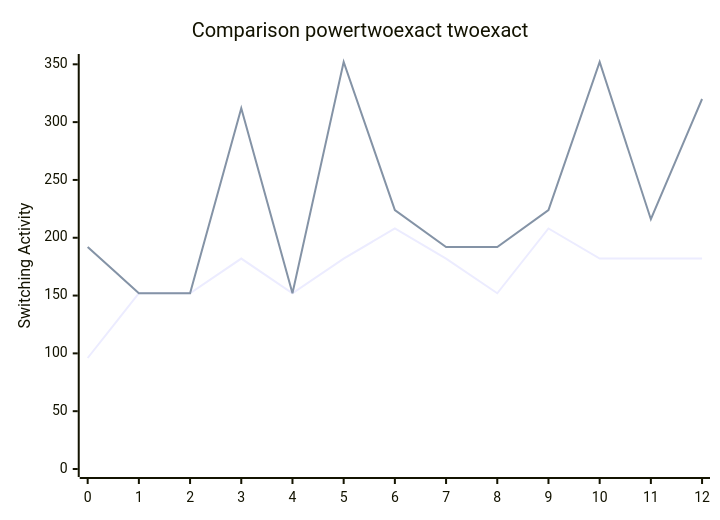
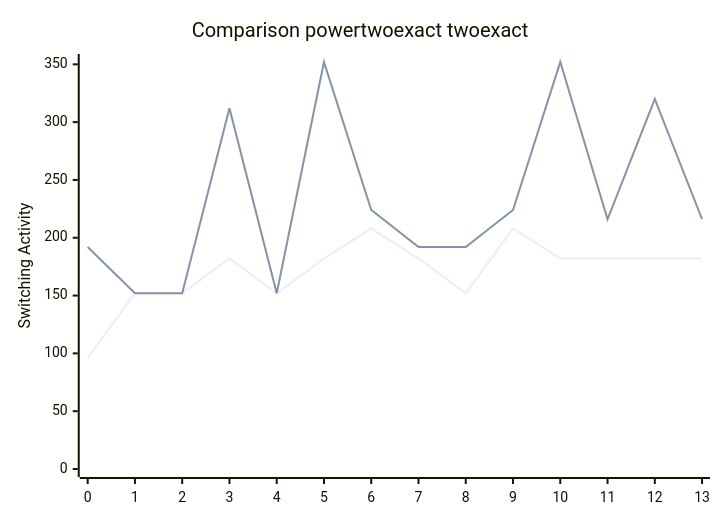
The diagram in benchmark.md (FeldmeierMichael/Exact-Power-Synthesis), drawn with Mermaid before and after one commit. The commit also changed other lines of this file and 2 other files, not shown here.

````diff
--- a/benchmark.md
+++ b/benchmark.md
@@ -37,8 +39,8 @@
 ```mermaid
 xychart-beta
     title "Comparison powertwoexact twoexact"
-    x-axis [0, 1, 2, 3, 4, 5, 6, 7, 8, 9, 10, 11, 12]
+    x-axis [0, 1, 2, 3, 4, 5, 6, 7, 8, 9, 10, 11, 12, 13]
     y-axis "Switching Activity" 0-->352
-    line [96, 152, 152, 182, 152, 182, 208, 182, 152, 208, 182, 182, 182]
-    line [192, 152, 152, 312, 152, 352, 224, 192, 192, 224, 352, 216, 320]
+    line [96, 152, 152, 182, 152, 182, 208, 182, 152, 208, 182, 182, 182, 182]
+    line [192, 152, 152, 312, 152, 352, 224, 192, 192, 224, 352, 216, 320, 216]
 ```
````
